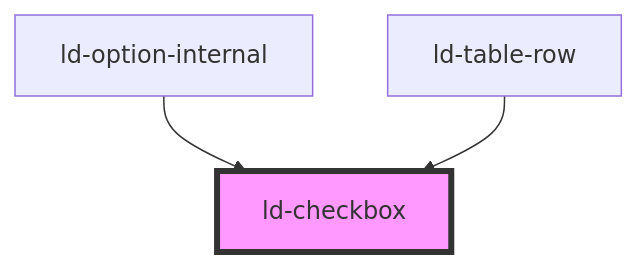
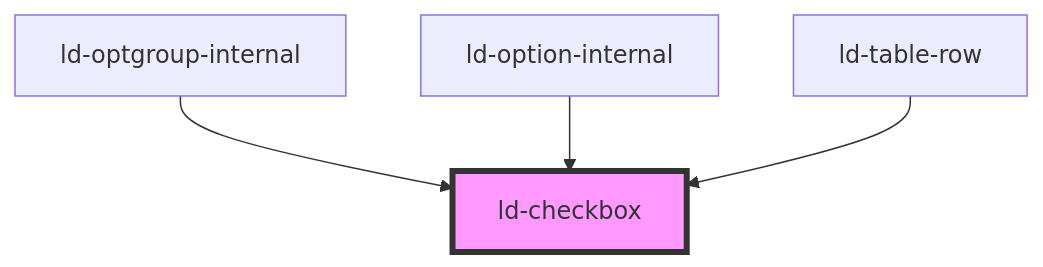
One commit to emdgroup-liquid/liquid changed the diagram in src/liquid/components/ld-checkbox/readme.md. Above: the diagram before and after it, drawn with Mermaid. The commit also changed other lines of this file and 24 other files, not shown here.

````diff
--- a/src/liquid/components/ld-checkbox/readme.md
+++ b/src/liquid/components/ld-checkbox/readme.md
@@ -592,6 +593,7 @@
 ```mermaid
 graph TD;
+  ld-optgroup-internal --> ld-checkbox
   ld-option-internal --> ld-checkbox
   ld-table-row --> ld-checkbox
   style ld-checkbox fill:#f9f,stroke:#333,stroke-width:4px
 ```
````
